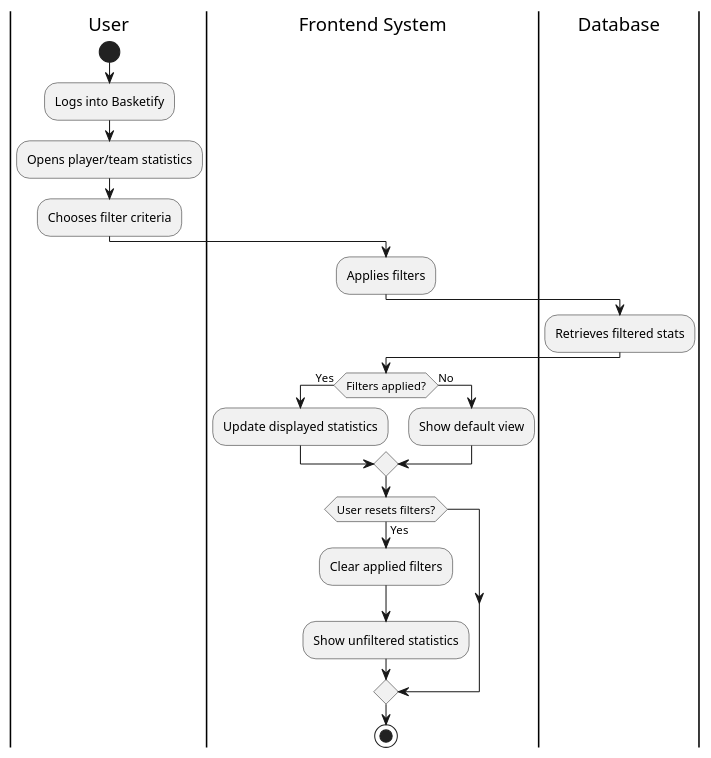
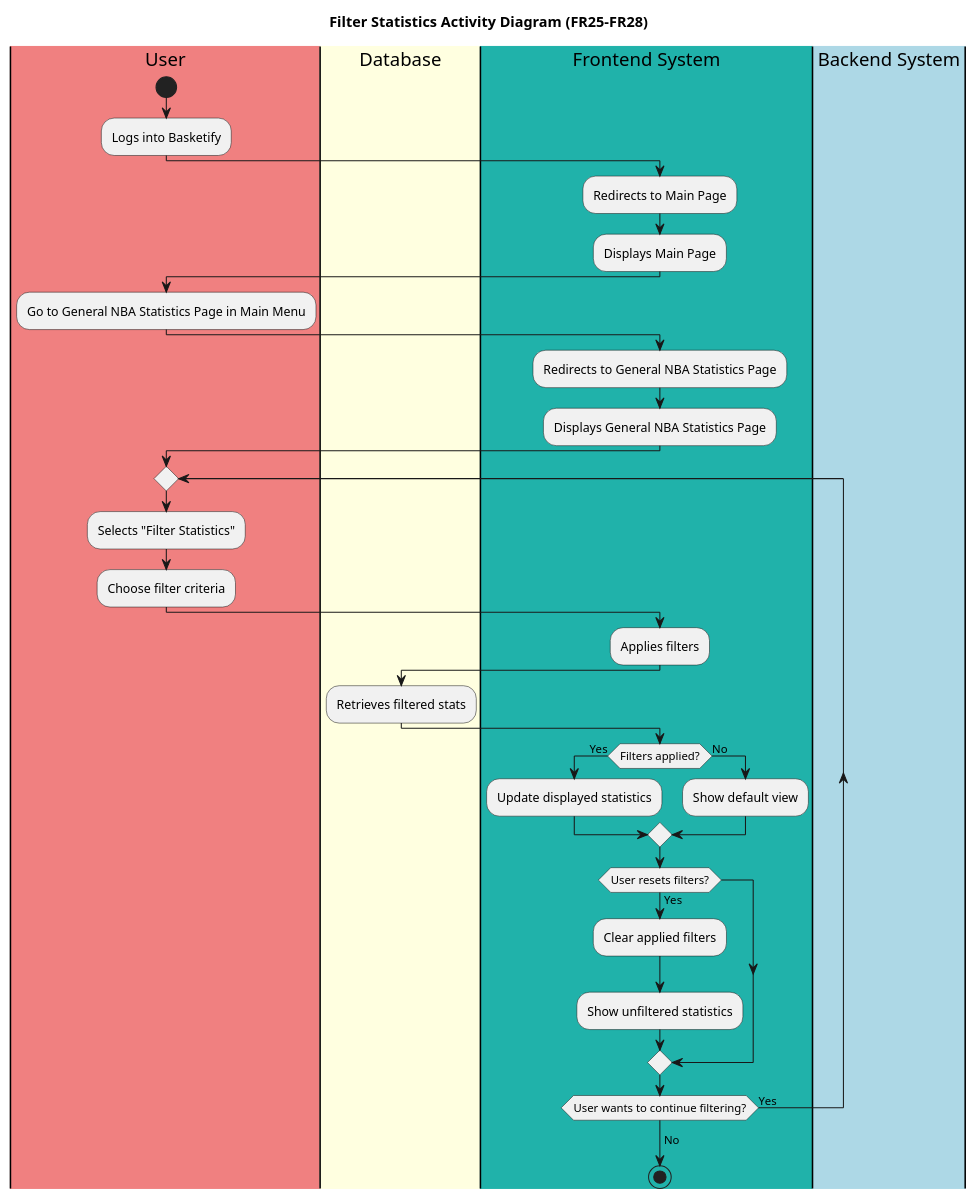
The diagram in diagrams/Activity/filterstatistics.puml (arongu321/Basketify_SBX), drawn with PlantUML before and after one commit. The commit also changed 15 other files, not shown here.

Commit message:
Exported prelim design diagrams

```diff
--- a/diagrams/Activity/filterstatistics.puml
+++ b/diagrams/Activity/filterstatistics.puml
@@ -1,26 +1,43 @@
 @startuml StatisticsFiltering
+title Filter Statistics Activity Diagram (FR25-FR28)
+|#LightCoral|User|
+|#LightYellow|Database|
+|#LightSeaGreen|Frontend System|
+|#LightBlue|Backend System|
 |User|
 start
 :Logs into Basketify;
-:Opens player/team statistics;
-:Chooses filter criteria;
+|Frontend System|
+:Redirects to Main Page;
+:Displays Main Page;
+|User|
+:Go to General NBA Statistics Page in Main Menu;
+|Frontend System|
+:Redirects to General NBA Statistics Page;
+:Displays General NBA Statistics Page;
+|User|
+repeat
+:Selects "Filter Statistics";
+:Choose filter criteria;
 
 |Frontend System|
 :Applies filters;
 |Database|
 :Retrieves filtered stats;
 
 |Frontend System|
 if (Filters applied?) then (Yes)
     :Update displayed statistics;
 else (No)
     :Show default view;
 endif
 
 if (User resets filters?) then (Yes)
     |Frontend System|
     :Clear applied filters;
     :Show unfiltered statistics;
 endif
+repeat while (User wants to continue filtering?) is (Yes)
+->No;
 stop
 @enduml
```
